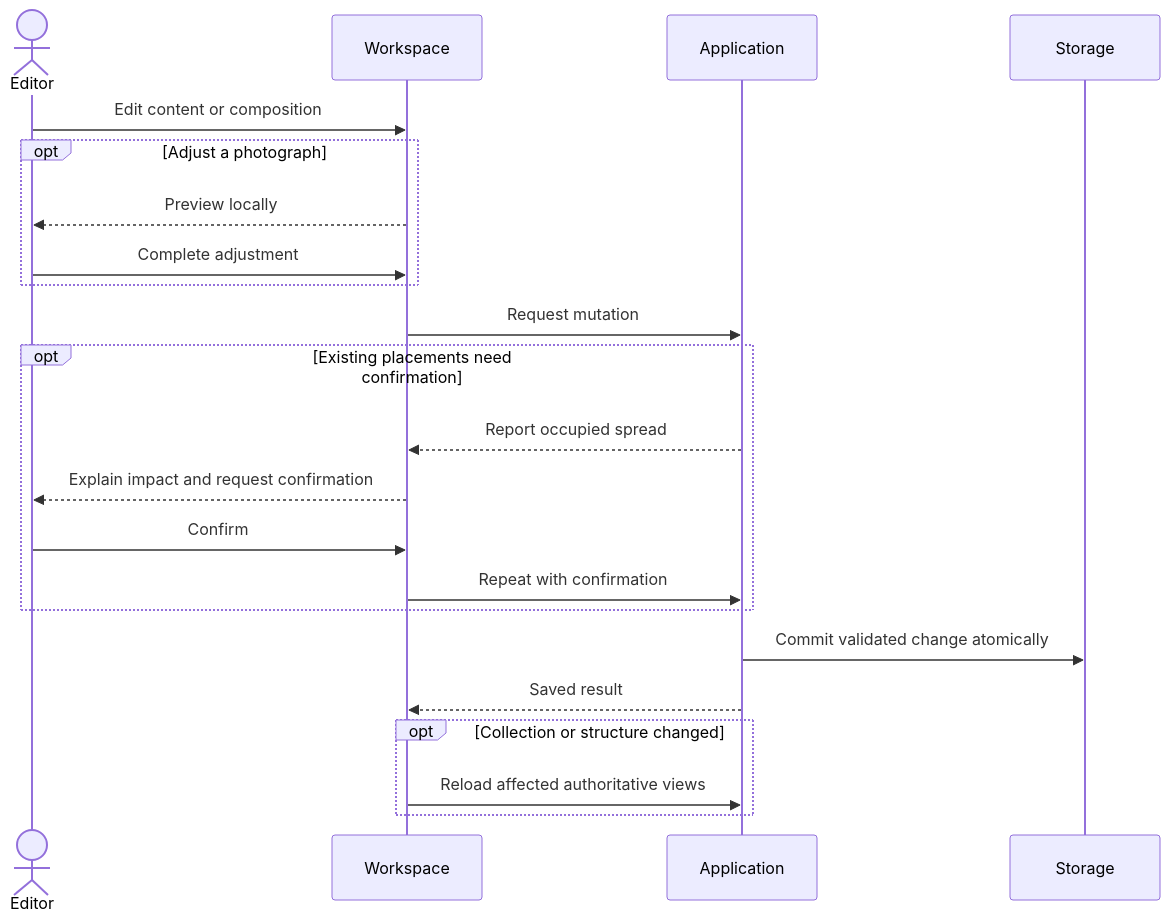
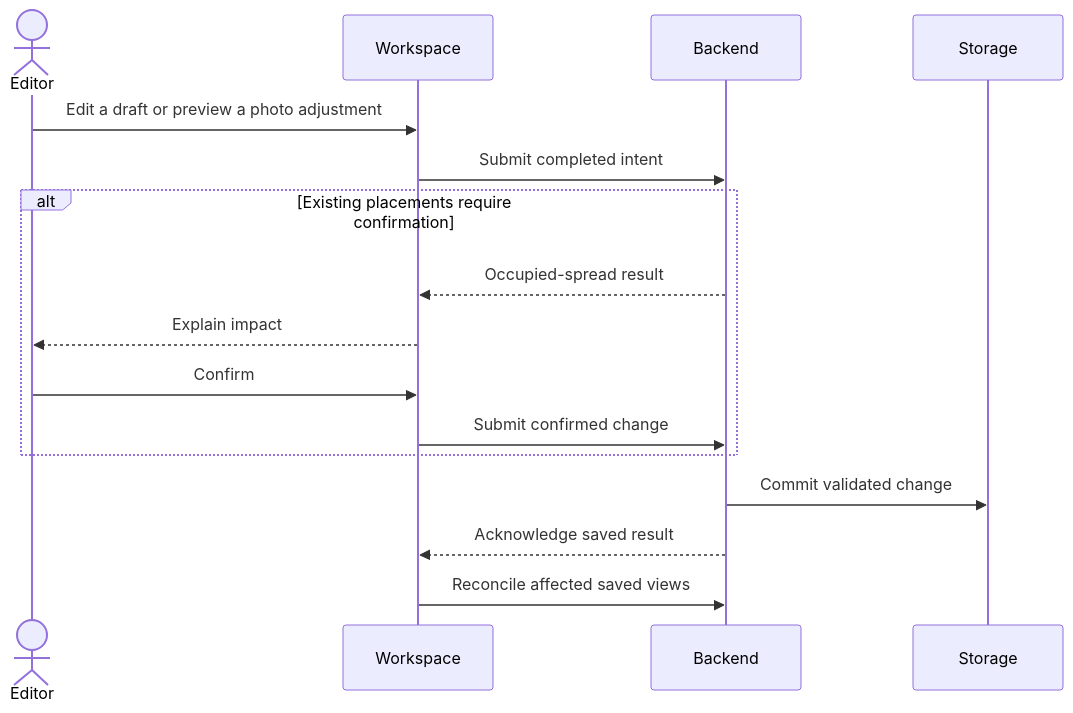
One commit to cosminci/photography changed the second of 2 diagrams in specs/design.md. Above: the diagram before and after it, drawn with Mermaid. The commit also changed other lines of this file and 15 other files, not shown here.

````diff
--- a/specs/design.md
+++ b/specs/design.md
@@ -81,24 +41,18 @@
 ```mermaid
 sequenceDiagram
   actor Editor
   participant Workspace
-  participant Application
+  participant Backend
   participant Storage
-  Editor->>Workspace: Edit content or composition
-  opt Adjust a photograph
-    Workspace-->>Editor: Preview locally
-    Editor->>Workspace: Complete adjustment
+  Editor->>Workspace: Edit a draft or preview a photo adjustment
+  Workspace->>Backend: Submit completed intent
+  alt Existing placements require confirmation
+    Backend-->>Workspace: Occupied-spread result
+    Workspace-->>Editor: Explain impact
+    Editor->>Workspace: Confirm
+    Workspace->>Backend: Submit confirmed change
   end
-  Workspace->>Application: Request mutation
-  opt Existing placements need confirmation
-    Application-->>Workspace: Report occupied spread
-    Workspace-->>Editor: Explain impact and request confirmation
-    Editor->>Workspace: Confirm
-    Workspace->>Application: Repeat with confirmation
-  end
-  Application->>Storage: Commit validated change atomically
-  Application-->>Workspace: Saved result
-  opt Collection or structure changed
-    Workspace->>Application: Reload affected authoritative views
-  end
+  Backend->>Storage: Commit validated change
+  Backend-->>Workspace: Acknowledge saved result
+  Workspace->>Backend: Reconcile affected saved views
 ```
````
